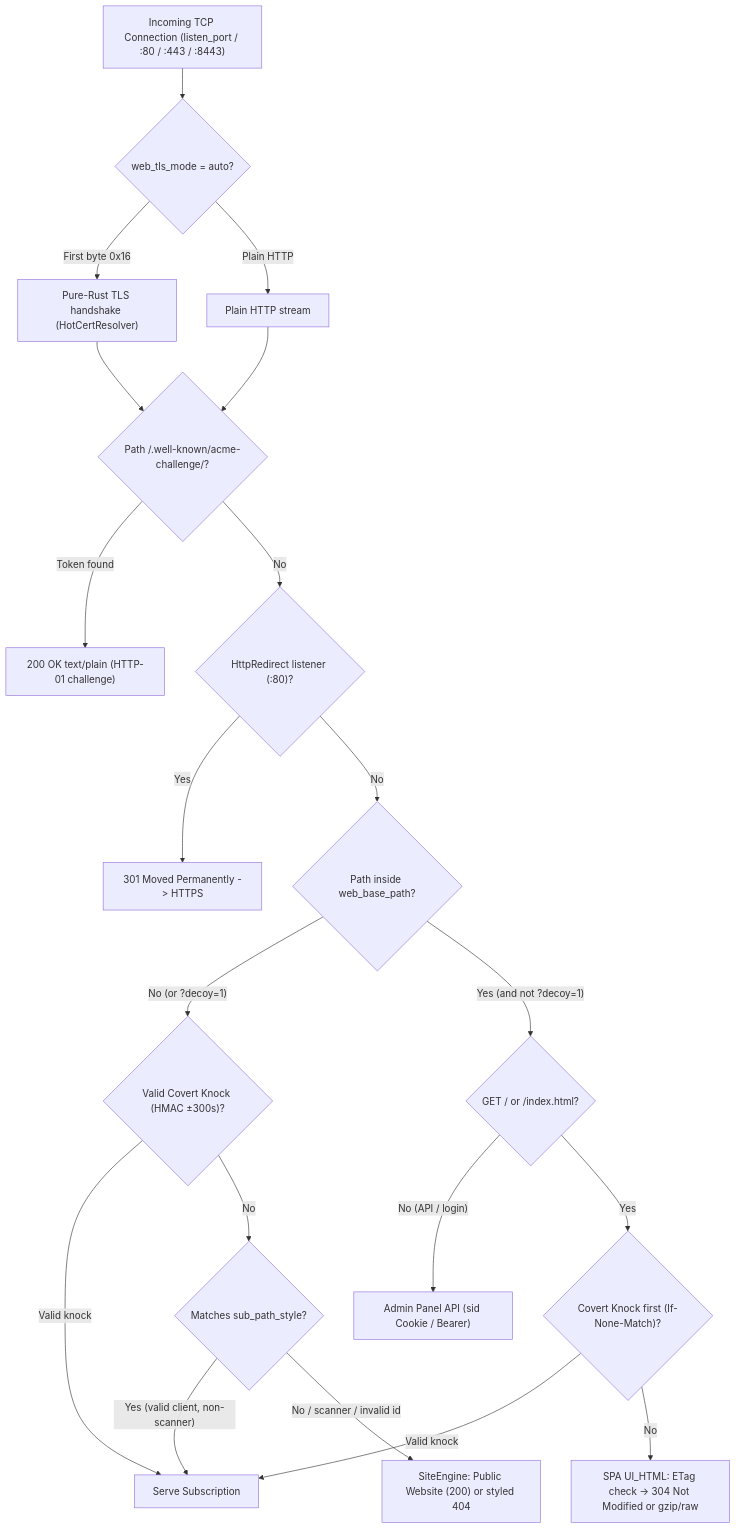
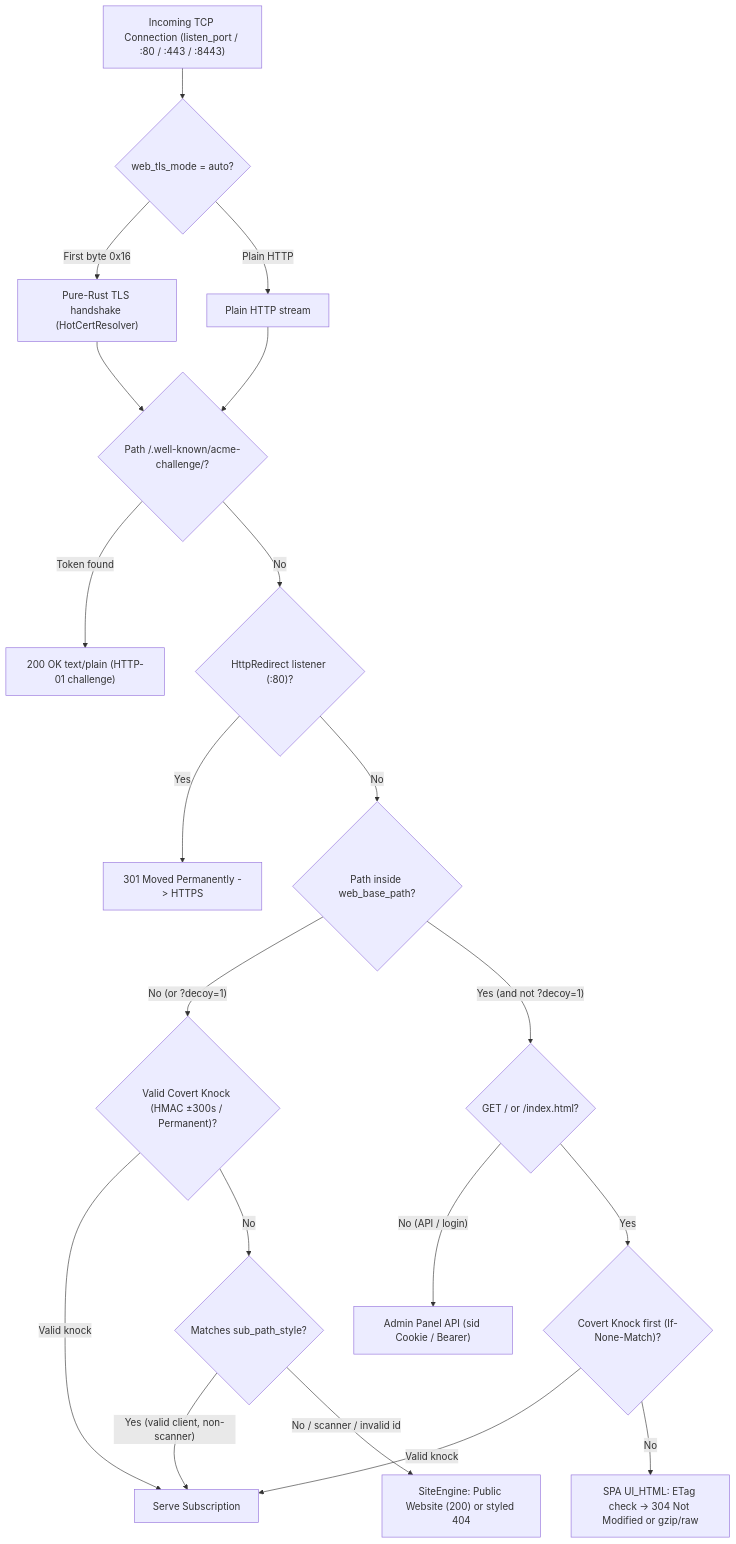
One commit to Dushnilin/tachyon-ui-docs changed the first of 2 diagrams in docs/en/02-stealth-web-domain-tls.md. Above: the diagram before and after it, drawn with Mermaid. The commit also changed other lines of this file and 261 other files, not shown here.

````diff
--- a/docs/en/02-stealth-web-domain-tls.md
+++ b/docs/en/02-stealth-web-domain-tls.md
@@ -11,22 +13,22 @@
 ```mermaid
 flowchart TD
     IN["Incoming TCP Connection (listen_port / :80 / :443 / :8443)"] --> PEEK{"web_tls_mode = auto?"}
     PEEK -->|"First byte 0x16"| TLS["Pure-Rust TLS handshake (HotCertResolver)"]
     PEEK -->|"Plain HTTP"| PLAIN["Plain HTTP stream"]
     TLS --> ACME{"Path /.well-known/acme-challenge/?"}
     PLAIN --> ACME
     ACME -->|"Token found"| ACME_OK["200 OK text/plain (HTTP-01 challenge)"]
     ACME -->|"No"| REDIR{"HttpRedirect listener (:80)?"}
     REDIR -->|"Yes"| R301["301 Moved Permanently -> HTTPS"]
     REDIR -->|"No"| SCOPE{"Path inside web_base_path?"}
-    SCOPE -->|"No (or ?decoy=1)"| KNOCK{"Valid Covert Knock (HMAC ±300s)?"}
+    SCOPE -->|"No (or ?decoy=1)"| KNOCK{"Valid Covert Knock (HMAC ±300s / Permanent)?"}
     SCOPE -->|"Yes (and not ?decoy=1)"| ROOT_CHK{"GET / or /index.html?"}
     ROOT_CHK -->|"No (API / login)"| PANEL["Admin Panel API (sid Cookie / Bearer)"]
     ROOT_CHK -->|"Yes"| KNOCK_SPA{"Covert Knock first (If-None-Match)?"}
     KNOCK_SPA -->|"Valid knock"| SUB_OUT["Serve Subscription"]
     KNOCK_SPA -->|"No"| UI_CACHE["SPA UI_HTML: ETag check -> 304 Not Modified or gzip/raw"]
     KNOCK -->|"Valid knock"| SUB_OUT
     KNOCK -->|"No"| SUBPATH{"Matches sub_path_style?"}
     SUBPATH -->|"Yes (valid client, non-scanner)"| SUB_OUT
     SUBPATH -->|"No / scanner / invalid id"| SITE["SiteEngine: Public Website (200) or styled 404"]
 ```
````
